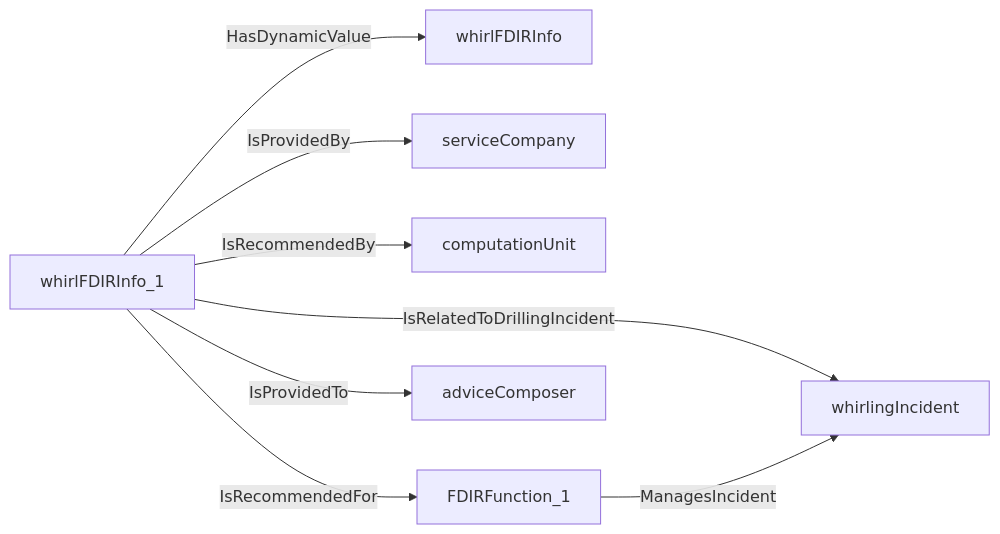
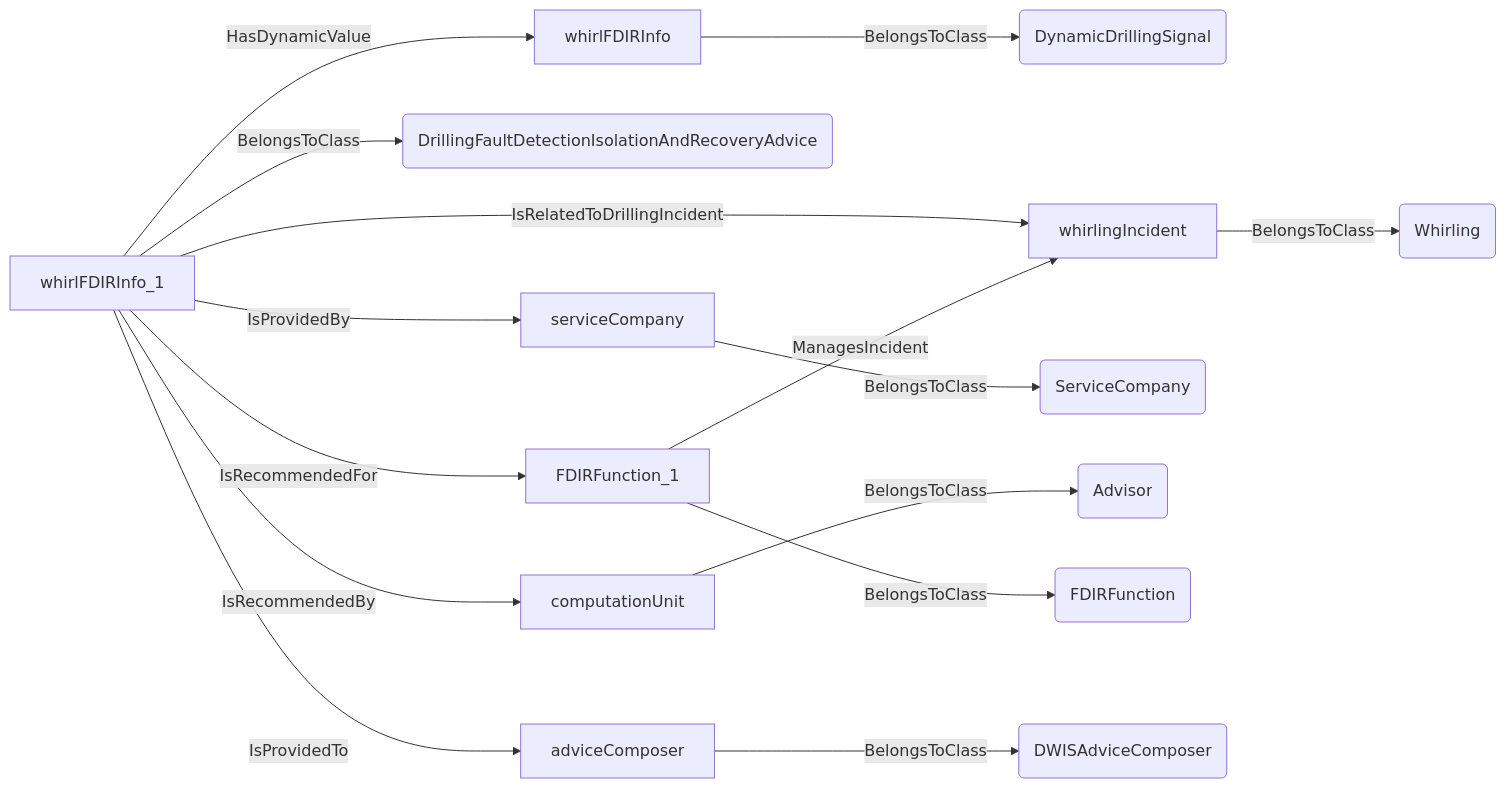
Before and after one commit to D-WIS/DDHub-Semantic-Interoperability: the second of 17 diagrams in docs/vocabulary_development/auto-generated/md/definition-files/DrillingIncident.md, drawn with Mermaid. The commit also changed other lines of this file and 14 other files, not shown here.

````diff
--- a/docs/vocabulary_development/auto-generated/md/definition-files/DrillingIncident.md
+++ b/docs/vocabulary_development/auto-generated/md/definition-files/DrillingIncident.md
@@ -104,10 +104,17 @@
 ```mermaid
 graph LR
-	N0000[whirlFDIRInfo_1] -->|HasDynamicValue| N0001[whirlFDIRInfo] 
-	N0000[whirlFDIRInfo_1] -->|IsRelatedToDrillingIncident| N0002[whirlingIncident] 
-	N0000[whirlFDIRInfo_1] -->|IsProvidedBy| N0003[serviceCompany] 
-	N0000[whirlFDIRInfo_1] -->|IsRecommendedBy| N0004[computationUnit] 
-	N0005[FDIRFunction_1] -->|ManagesIncident| N0002[whirlingIncident] 
-	N0000[whirlFDIRInfo_1] -->|IsRecommendedFor| N0005[FDIRFunction_1] 
-	N0000[whirlFDIRInfo_1] -->|IsProvidedTo| N0006[adviceComposer] 
+	N0000[whirlFDIRInfo] -->|BelongsToClass| N0001(DynamicDrillingSignal) 
+	N0002[whirlFDIRInfo_1] -->|BelongsToClass| N0003(DrillingFaultDetectionIsolationAndRecoveryAdvice) 
+	N0002[whirlFDIRInfo_1] -->|HasDynamicValue| N0000[whirlFDIRInfo] 
+	N0004[whirlingIncident] -->|BelongsToClass| N0005(Whirling) 
+	N0002[whirlFDIRInfo_1] -->|IsRelatedToDrillingIncident| N0004[whirlingIncident] 
+	N0006[serviceCompany] -->|BelongsToClass| N0007(ServiceCompany) 
+	N0002[whirlFDIRInfo_1] -->|IsProvidedBy| N0006[serviceCompany] 
+	N0008[computationUnit] -->|BelongsToClass| N0009(Advisor) 
+	N0002[whirlFDIRInfo_1] -->|IsRecommendedBy| N0008[computationUnit] 
+	N0010[FDIRFunction_1] -->|BelongsToClass| N0011(FDIRFunction) 
+	N0010[FDIRFunction_1] -->|ManagesIncident| N0004[whirlingIncident] 
+	N0002[whirlFDIRInfo_1] -->|IsRecommendedFor| N0010[FDIRFunction_1] 
+	N0012[adviceComposer] -->|BelongsToClass| N0013(DWISAdviceComposer) 
+	N0002[whirlFDIRInfo_1] -->|IsProvidedTo| N0012[adviceComposer] 
 ```
````
